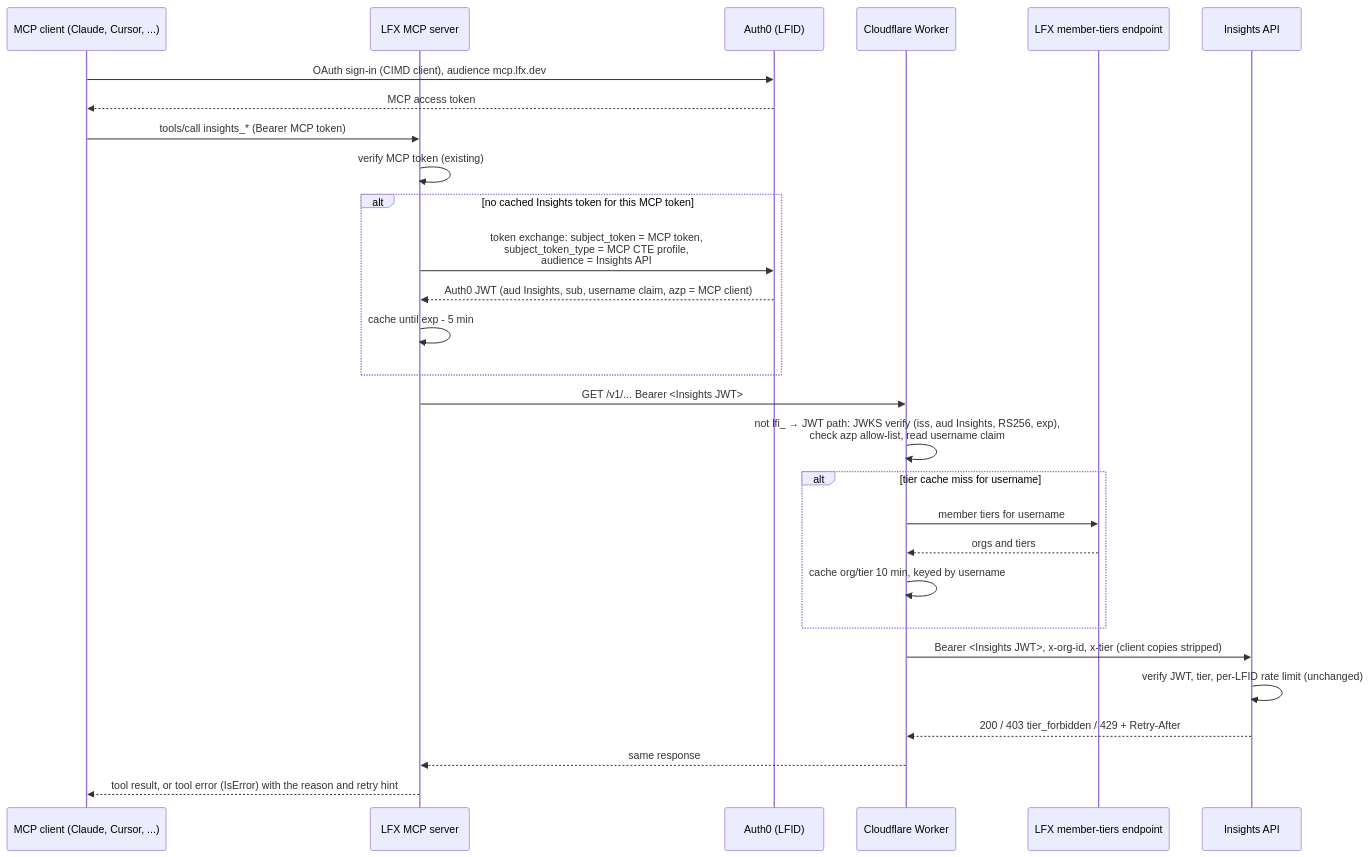
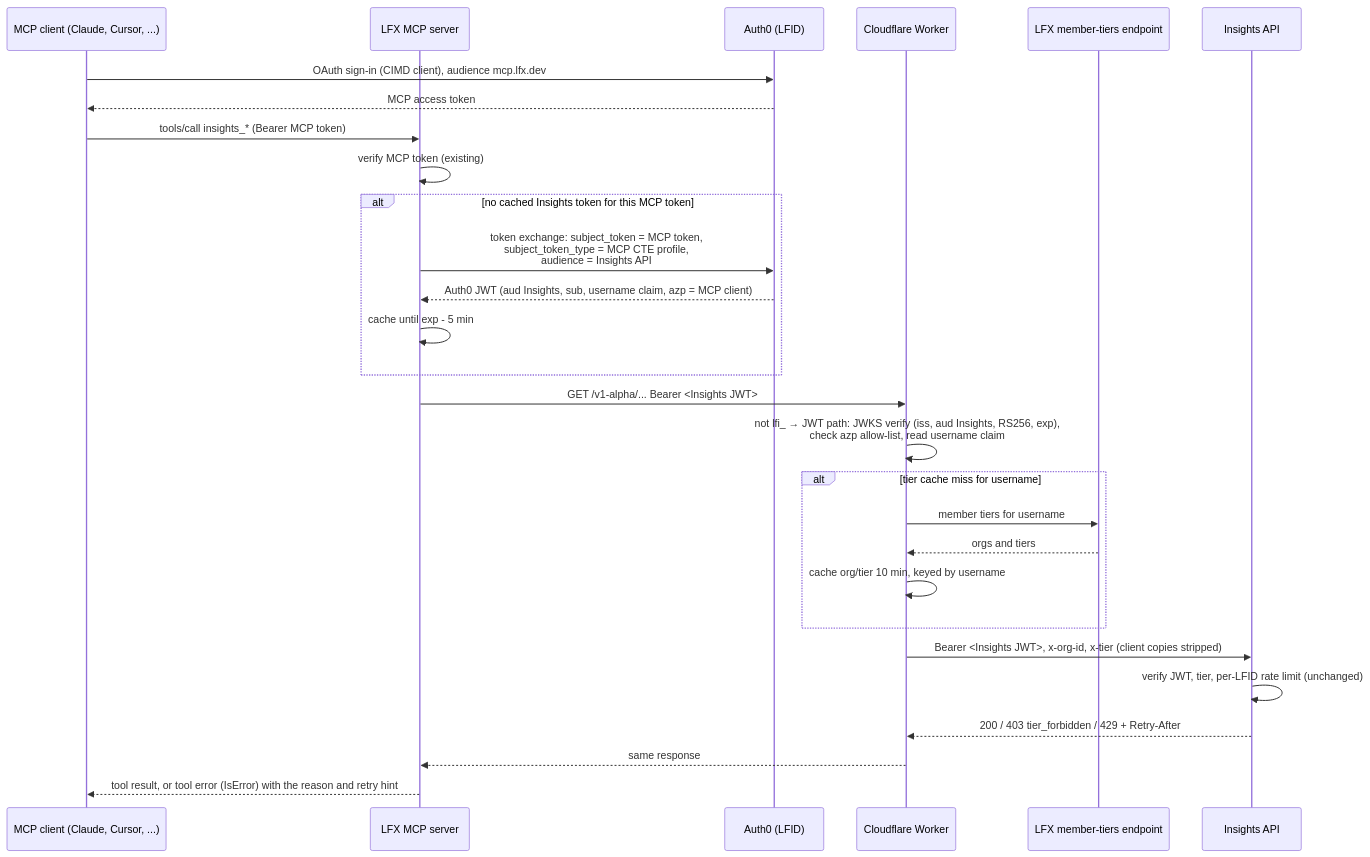
Before and after one commit to linuxfoundation/insights: the second of 2 diagrams in docs/design/lfx-mcp-integration.md, drawn with Mermaid. The commit also changed other lines of this file, not shown here.

````diff
--- a/docs/design/lfx-mcp-integration.md
+++ b/docs/design/lfx-mcp-integration.md
@@ -118,31 +118,31 @@
 ```mermaid
 sequenceDiagram
     participant U as MCP client (Claude, Cursor, ...)
     participant M as LFX MCP server
     participant A0 as Auth0 (LFID)
     participant W as Cloudflare Worker
     participant T as LFX member-tiers endpoint
     participant API as Insights API
 
     U->>A0: OAuth sign-in (CIMD client), audience mcp.lfx.dev
     A0-->>U: MCP access token
     U->>M: tools/call insights_* (Bearer MCP token)
     M->>M: verify MCP token (existing)
     alt no cached Insights token for this MCP token
         M->>A0: token exchange: subject_token = MCP token,<br/>subject_token_type = MCP CTE profile,<br/>audience = Insights API
         A0-->>M: Auth0 JWT (aud Insights, sub, username claim, azp = MCP client)
         M->>M: cache until exp - 5 min
     end
-    M->>W: GET /v1/... Bearer <Insights JWT>
+    M->>W: GET /v1-alpha/... Bearer <Insights JWT>
     W->>W: not lfi_ → JWT path: JWKS verify (iss, aud Insights, RS256, exp),<br/>check azp allow-list, read username claim
     alt tier cache miss for username
         W->>T: member tiers for username
         T-->>W: orgs and tiers
         W->>W: cache org/tier 10 min, keyed by username
     end
     W->>API: Bearer <Insights JWT>, x-org-id, x-tier (client copies stripped)
     API->>API: verify JWT, tier, per-LFID rate limit (unchanged)
     API-->>W: 200 / 403 tier_forbidden / 429 + Retry-After
     W-->>M: same response
     M-->>U: tool result, or tool error (IsError) with the reason and retry hint
 ```
````
